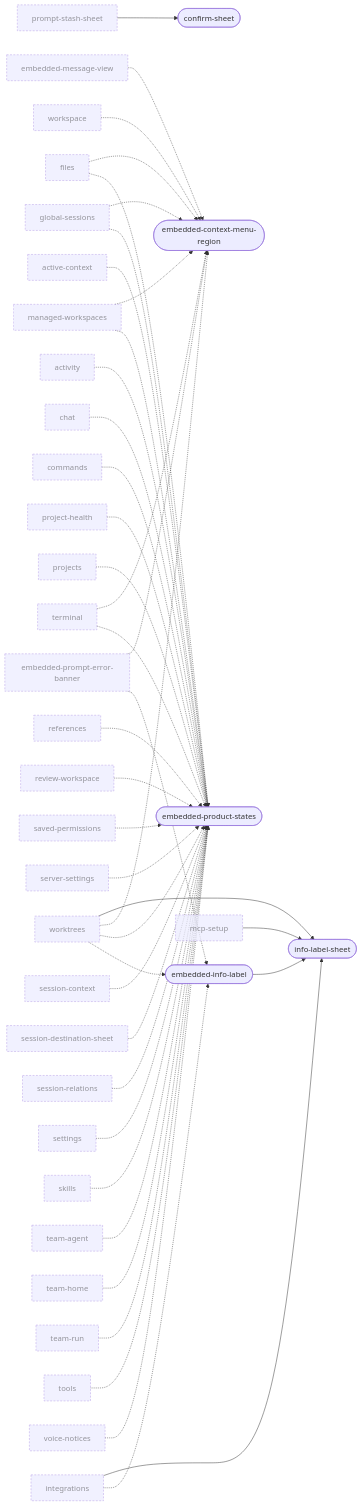
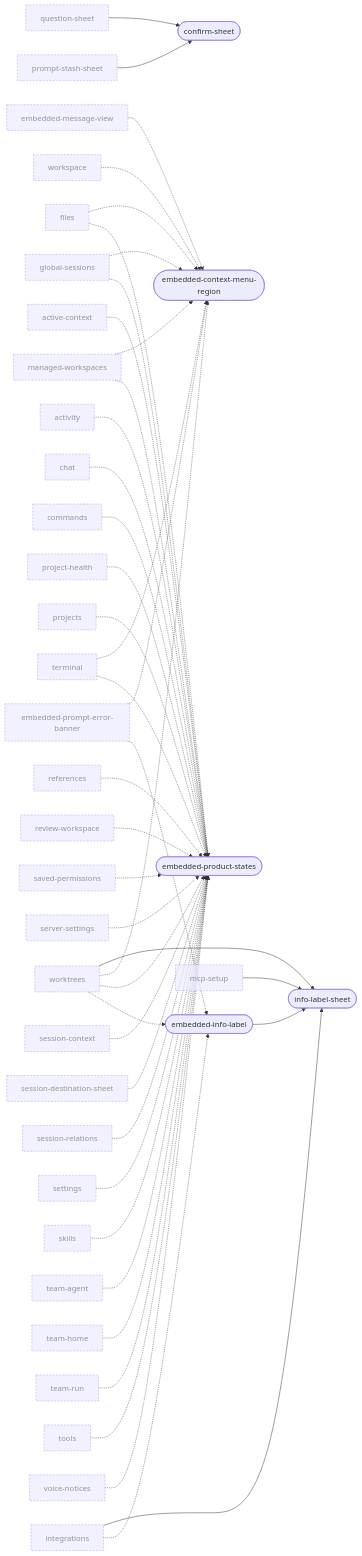
One commit to Breskott/opencode-mobile-next changed the tenth of 10 diagrams in docs/design/ui-ledger/navigation.md. Above: the diagram before and after it, drawn with Mermaid. The commit also changed other lines of this file and 78 other files, not shown here.

```diff
--- a/docs/design/ui-ledger/navigation.md
+++ b/docs/design/ui-ledger/navigation.md
@@ -1392,6 +1398,7 @@
   project_health["project-health"]:::ext
   projects["projects"]:::ext
   prompt_stash_sheet["prompt-stash-sheet"]:::ext
+  question_sheet["question-sheet"]:::ext
   references["references"]:::ext
   review_workspace["review-workspace"]:::ext
   saved_permissions["saved-permissions"]:::ext
@@ -1409,6 +1416,7 @@
   voice_notices["voice-notices"]:::ext
   workspace["workspace"]:::ext
   worktrees["worktrees"]:::ext
+  question_sheet --> confirm_sheet
   prompt_stash_sheet --> confirm_sheet
   worktrees --> info_label_sheet
   integrations --> info_label_sheet
```
